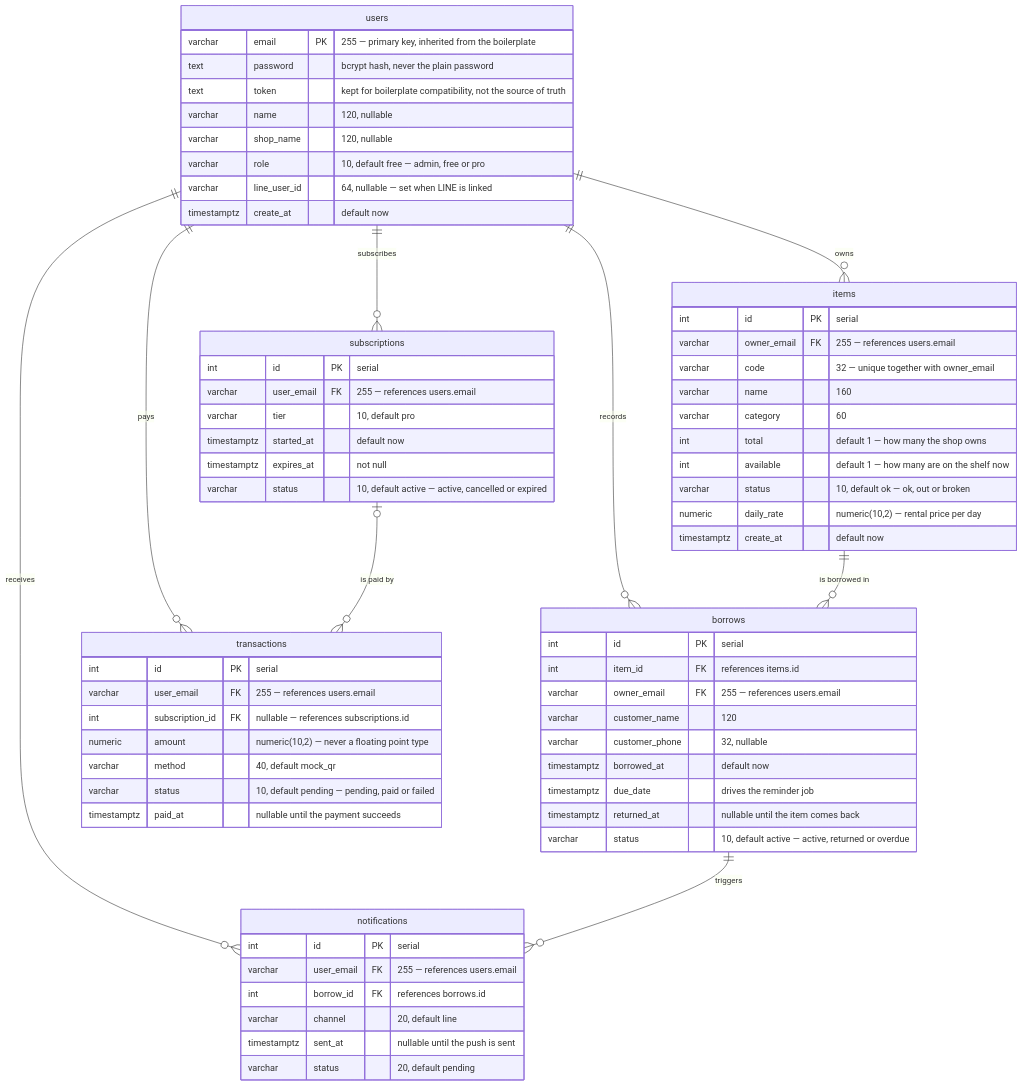
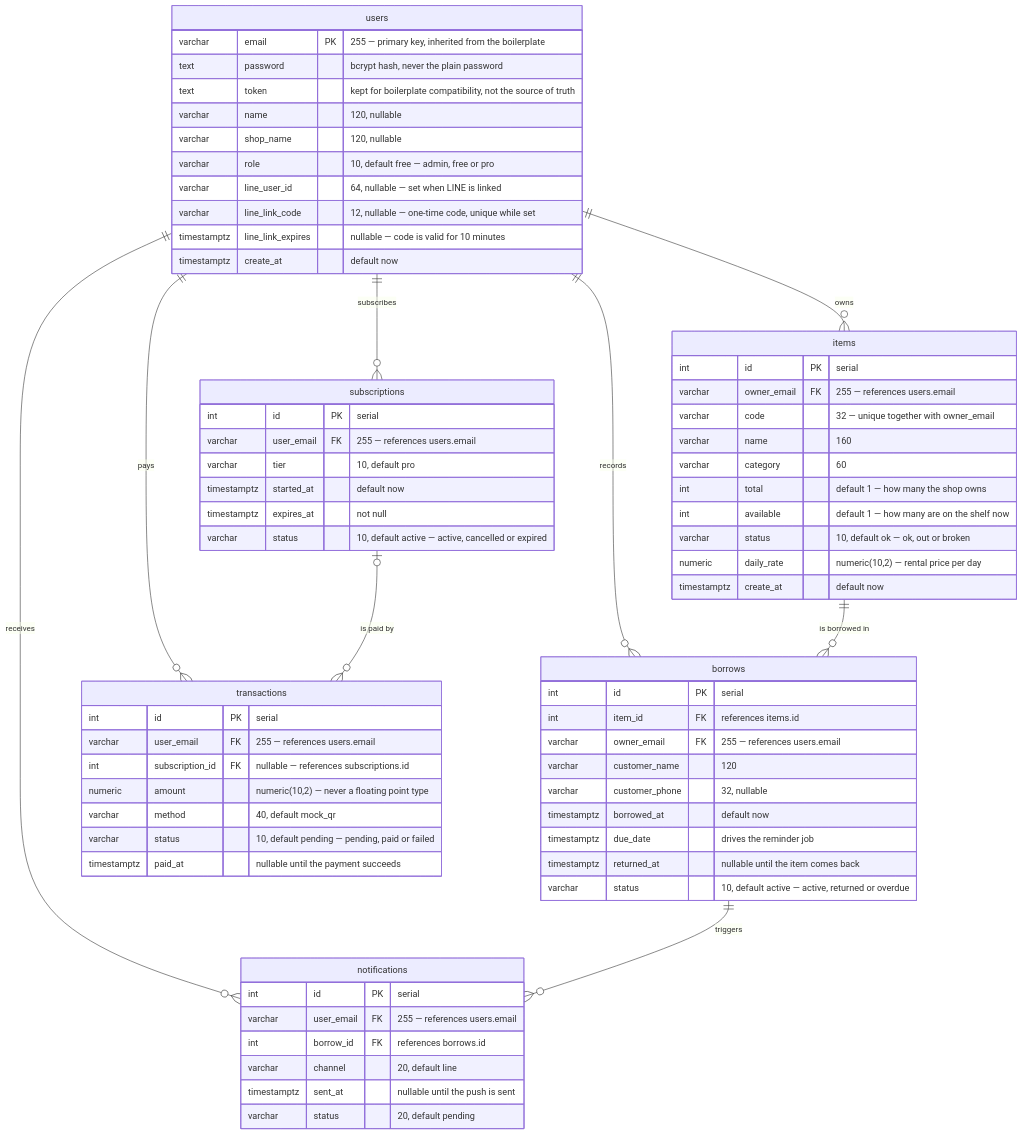
Before and after one commit to S-Nithit/LEBIS-Project: the second of 2 diagrams in docs/architecture.md, drawn with Mermaid. The commit also changed other lines of this file and 6 other files, not shown here.

````diff
--- a/docs/architecture.md
+++ b/docs/architecture.md
@@ -116,75 +134,77 @@
 ```mermaid
 erDiagram
     users {
         varchar email PK "255 — primary key, inherited from the boilerplate"
         text password "bcrypt hash, never the plain password"
         text token "kept for boilerplate compatibility, not the source of truth"
         varchar name "120, nullable"
         varchar shop_name "120, nullable"
         varchar role "10, default free — admin, free or pro"
         varchar line_user_id "64, nullable — set when LINE is linked"
+        varchar line_link_code "12, nullable — one-time code, unique while set"
+        timestamptz line_link_expires "nullable — code is valid for 10 minutes"
         timestamptz create_at "default now"
     }
 
     items {
         int id PK "serial"
         varchar owner_email FK "255 — references users.email"
         varchar code "32 — unique together with owner_email"
         varchar name "160"
         varchar category "60"
         int total "default 1 — how many the shop owns"
         int available "default 1 — how many are on the shelf now"
         varchar status "10, default ok — ok, out or broken"
         numeric daily_rate "numeric(10,2) — rental price per day"
         timestamptz create_at "default now"
     }
 
     borrows {
         int id PK "serial"
         int item_id FK "references items.id"
         varchar owner_email FK "255 — references users.email"
         varchar customer_name "120"
         varchar customer_phone "32, nullable"
         timestamptz borrowed_at "default now"
         timestamptz due_date "drives the reminder job"
         timestamptz returned_at "nullable until the item comes back"
         varchar status "10, default active — active, returned or overdue"
     }
 
     subscriptions {
         int id PK "serial"
         varchar user_email FK "255 — references users.email"
         varchar tier "10, default pro"
         timestamptz started_at "default now"
         timestamptz expires_at "not null"
         varchar status "10, default active — active, cancelled or expired"
     }
 
     transactions {
         int id PK "serial"
         varchar user_email FK "255 — references users.email"
         int subscription_id FK "nullable — references subscriptions.id"
         numeric amount "numeric(10,2) — never a floating point type"
         varchar method "40, default mock_qr"
         varchar status "10, default pending — pending, paid or failed"
         timestamptz paid_at "nullable until the payment succeeds"
     }
 
     notifications {
         int id PK "serial"
         varchar user_email FK "255 — references users.email"
         int borrow_id FK "references borrows.id"
         varchar channel "20, default line"
         timestamptz sent_at "nullable until the push is sent"
         varchar status "20, default pending"
     }
 
     users ||--o{ items : owns
     users ||--o{ borrows : records
     users ||--o{ subscriptions : subscribes
     users ||--o{ transactions : pays
     users ||--o{ notifications : receives
     items ||--o{ borrows : "is borrowed in"
     borrows ||--o{ notifications : triggers
     subscriptions |o--o{ transactions : "is paid by"
 ```
````
